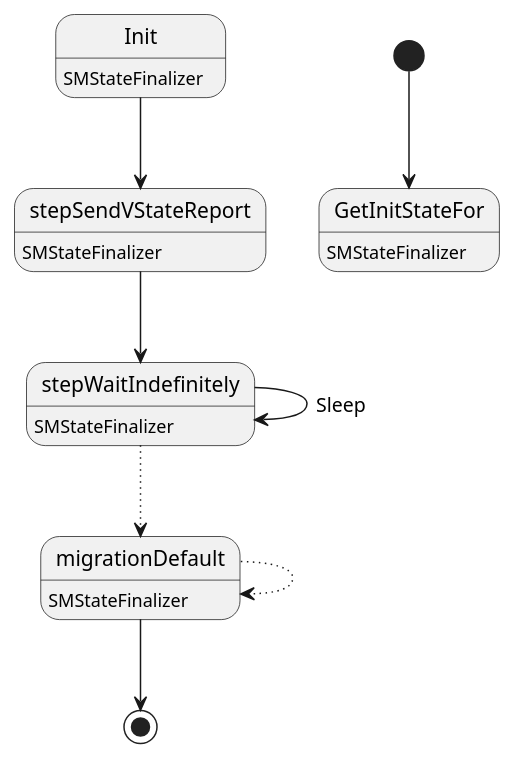
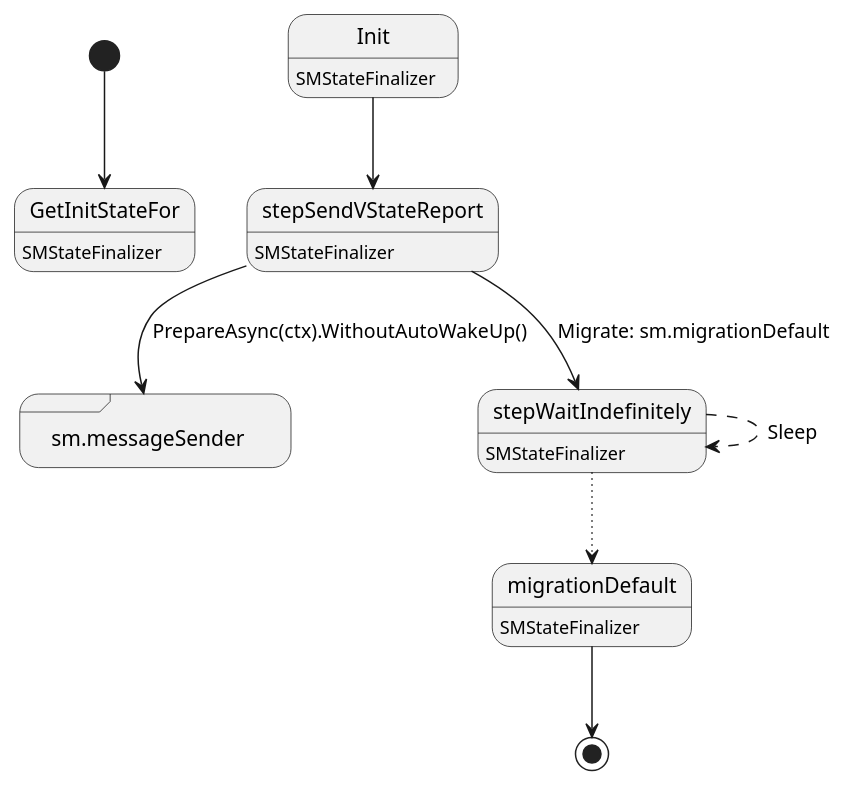
Before and after one commit to insolar/assured-ledger: the diagram in ledger-core/virtual/object/finalizedstate/statefinalizer.plantuml, drawn with PlantUML. The commit also changed 15 other files, not shown here.

Commit message:
UML Update

```diff
--- a/ledger-core/virtual/object/finalizedstate/statefinalizer.plantuml
+++ b/ledger-core/virtual/object/finalizedstate/statefinalizer.plantuml
@@ -1,19 +1,20 @@
 @startuml
 state "GetInitStateFor" as T00_S001
 T00_S001 : SMStateFinalizer
 [*] --> T00_S001
 state "Init" as T00_S003
 T00_S003 : SMStateFinalizer
 T00_S003 --> T00_S004
 state "migrationDefault" as T00_S002
 T00_S002 : SMStateFinalizer
-T00_S002 --[dotted]> T00_S002
-T00_S002 -->[*]
+T00_S002 --> [*]
+state "sm.messageSender" as T00_S005 <<sdlreceive>>
 state "stepSendVStateReport" as T00_S004
 T00_S004 : SMStateFinalizer
-T00_S004 --> T00_S005
-state "stepWaitIndefinitely" as T00_S005
-T00_S005 : SMStateFinalizer
-T00_S005 --[dotted]> T00_S002
-T00_S005 -> T00_S005 : Sleep
+T00_S004 --> T00_S005 : PrepareAsync(ctx).WithoutAutoWakeUp()
+T00_S004 --> T00_S006 : Migrate: sm.migrationDefault
+state "stepWaitIndefinitely" as T00_S006
+T00_S006 : SMStateFinalizer
+T00_S006 --[dotted]> T00_S002
+T00_S006 --[dashed]> T00_S006 : Sleep
 @enduml
```
